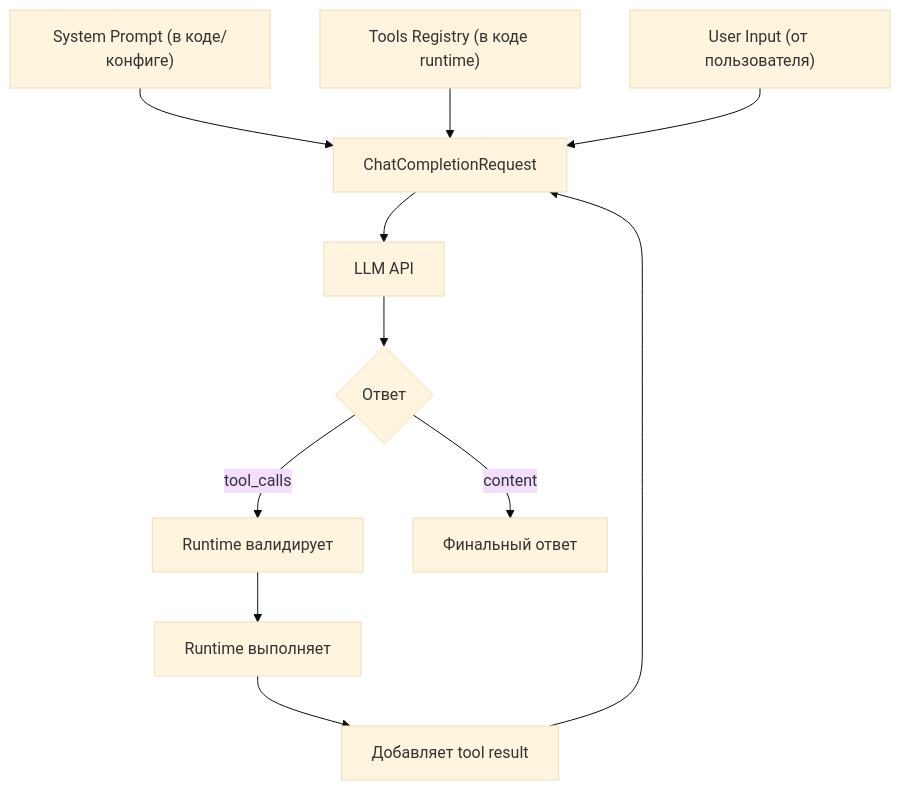
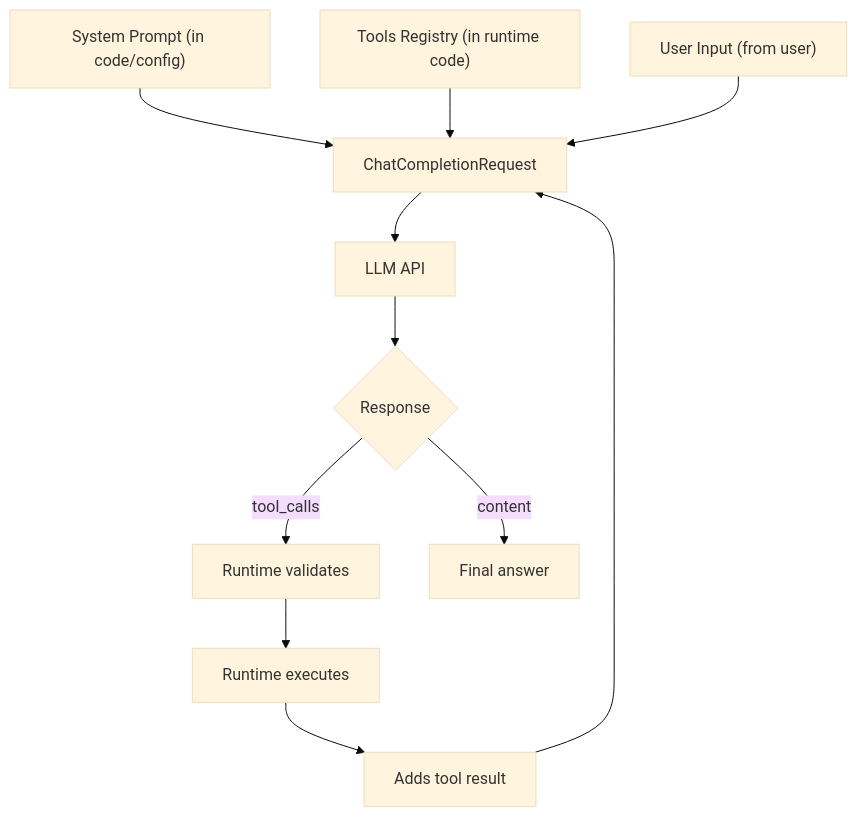
One commit to kshvakov/ai-agent-course changed the diagram in docs/book/04-tools-and-function-calling/README.md. Above: the diagram before and after it, drawn with Mermaid (base theme). The commit also changed other lines of this file and 42 other files, not shown here.

````diff
--- a/docs/book/04-tools-and-function-calling/README.md
+++ b/docs/book/04-tools-and-function-calling/README.md
@@ -250,13 +250,13 @@
 ```mermaid
 graph TB
-    A["System Prompt (в коде/конфиге)"] --> D[ChatCompletionRequest]
-    B["Tools Registry (в коде runtime)"] --> D
-    C["User Input (от пользователя)"] --> D
+    A["System Prompt (in code/config)"] --> D[ChatCompletionRequest]
+    B["Tools Registry (in runtime code)"] --> D
+    C["User Input (from user)"] --> D
     D --> E[LLM API]
-    E --> F{Ответ}
-    F -->|tool_calls| G[Runtime валидирует]
-    G --> H[Runtime выполняет]
-    H --> I[Добавляет tool result]
+    E --> F{Response}
+    F -->|tool_calls| G[Runtime validates]
+    G --> H[Runtime executes]
+    H --> I[Adds tool result]
     I --> D
-    F -->|content| J[Финальный ответ]
+    F -->|content| J[Final answer]
 ```
````
